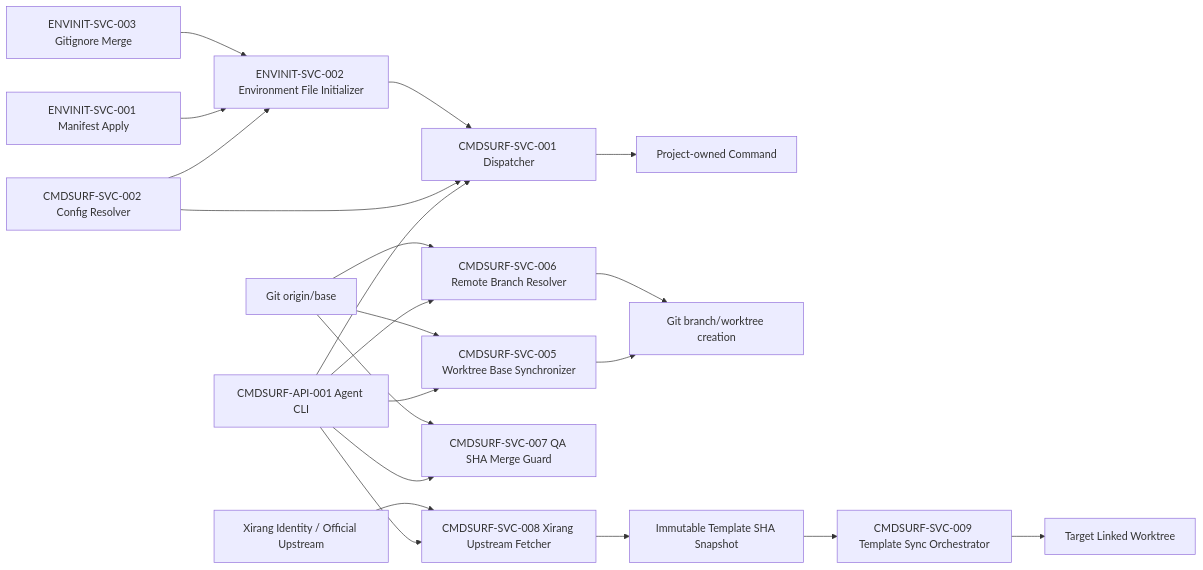
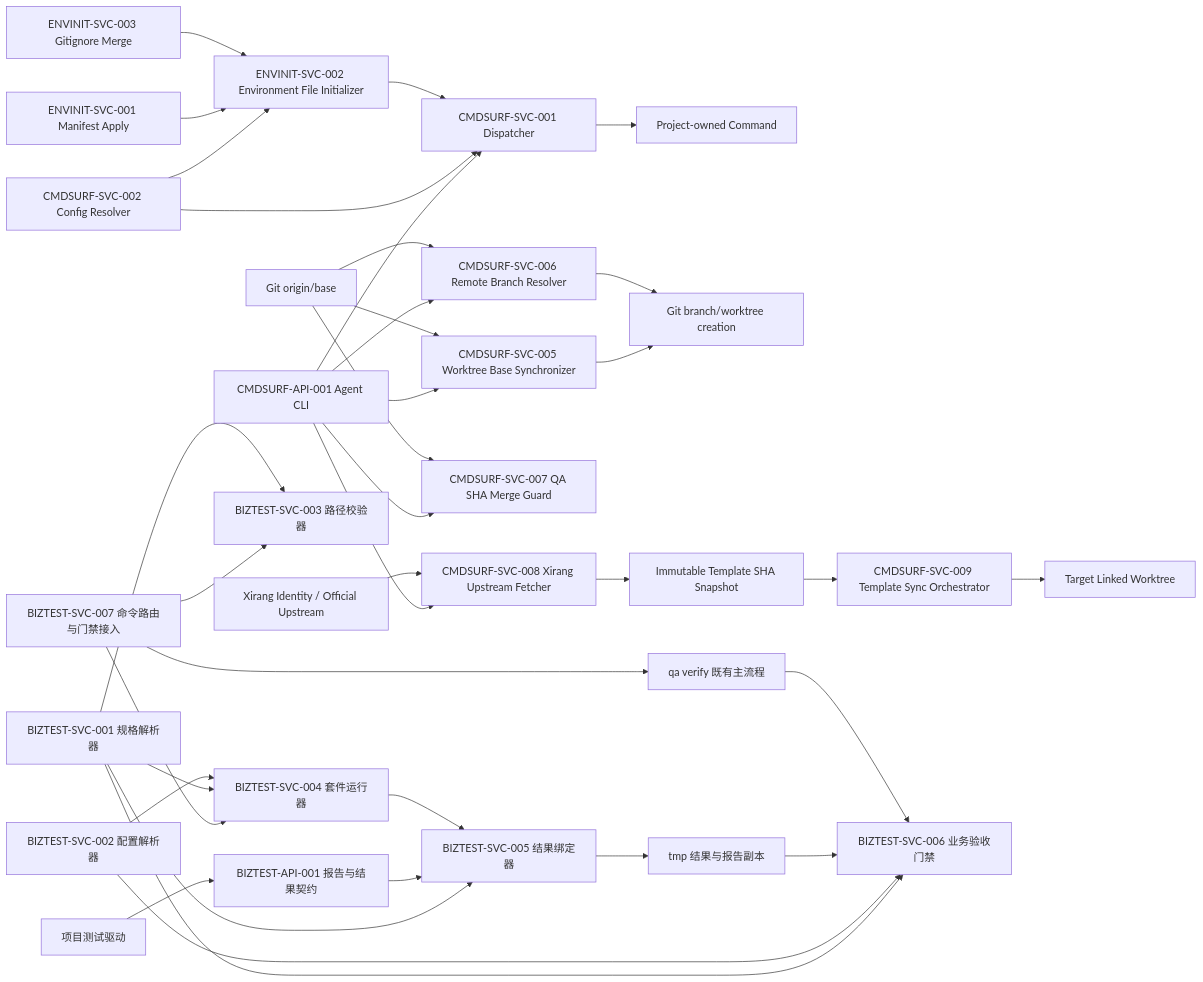
The diagram in docs/data/component-dependency-graph.md (hollisyao2024/PromptsEngineering), drawn with Mermaid before and after one commit. The commit also changed other lines of this file and 65 other files, not shown here.

````diff
--- a/docs/data/component-dependency-graph.md
+++ b/docs/data/component-dependency-graph.md
@@ -3,23 +3,38 @@
 ```mermaid
 flowchart LR
   API[CMDSURF-API-001 Agent CLI] --> D[CMDSURF-SVC-001 Dispatcher]
   C[CMDSURF-SVC-002 Config Resolver] --> D
   C --> I[CMDSURF-SVC-003 Container Directory Initializer]
   I --> D
   D --> P[Project-owned Command]
   API --> B[CMDSURF-SVC-005 Worktree Base Synchronizer]
   O[Git origin/base] --> B
   B --> W[Git branch/worktree creation]
   API --> R[CMDSURF-SVC-006 Remote Branch Resolver]
   O --> R
   R --> W
   API --> Q[CMDSURF-SVC-007 QA SHA Merge Guard]
   O --> Q
   API --> X[CMDSURF-SVC-008 Xirang Upstream Fetcher]
   XI[Xirang Identity / Official Upstream] --> X
   X --> S[Immutable Template SHA Snapshot]
   S --> A[CMDSURF-SVC-009 Template Sync Orchestrator]
   A --> T[Target Linked Worktree]
   M[ENVINIT-SVC-001 Manifest Apply] --> I[ENVINIT-SVC-002 Environment File Initializer]
   G[ENVINIT-SVC-003 Gitignore Merge] --> I
+  BTCLI[BIZTEST-SVC-007 命令路由与门禁接入] --> BTPATHS[BIZTEST-SVC-003 路径校验器]
+  BTCLI --> BTRUN[BIZTEST-SVC-004 套件运行器]
+  BTCLI --> BTVERIFY[qa verify 既有主流程]
+  BTSPEC[BIZTEST-SVC-001 规格解析器] --> BTPATHS
+  BTSPEC --> BTRUN
+  BTSPEC --> BTBIND[BIZTEST-SVC-005 结果绑定器]
+  BTSPEC --> BTGATE[BIZTEST-SVC-006 业务验收门禁]
+  BTCONF[BIZTEST-SVC-002 配置解析器] --> BTRUN
+  BTCONF --> BTGATE
+  BTDRV[项目测试驱动] --> BTAPI[BIZTEST-API-001 报告与结果契约]
+  BTAPI --> BTBIND
+  BTRUN --> BTBIND
+  BTBIND --> BTRES[tmp 结果与报告副本]
+  BTRES --> BTGATE
+  BTVERIFY --> BTGATE
 ```
````
